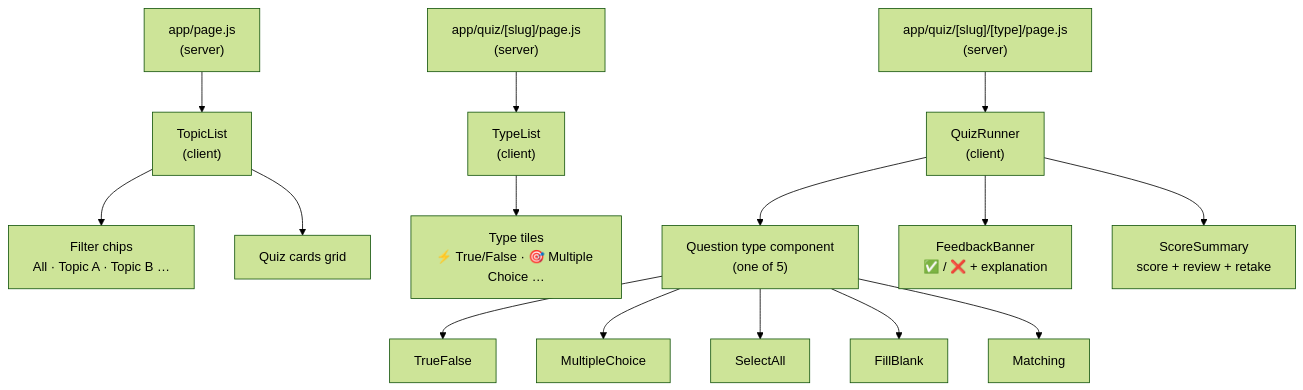
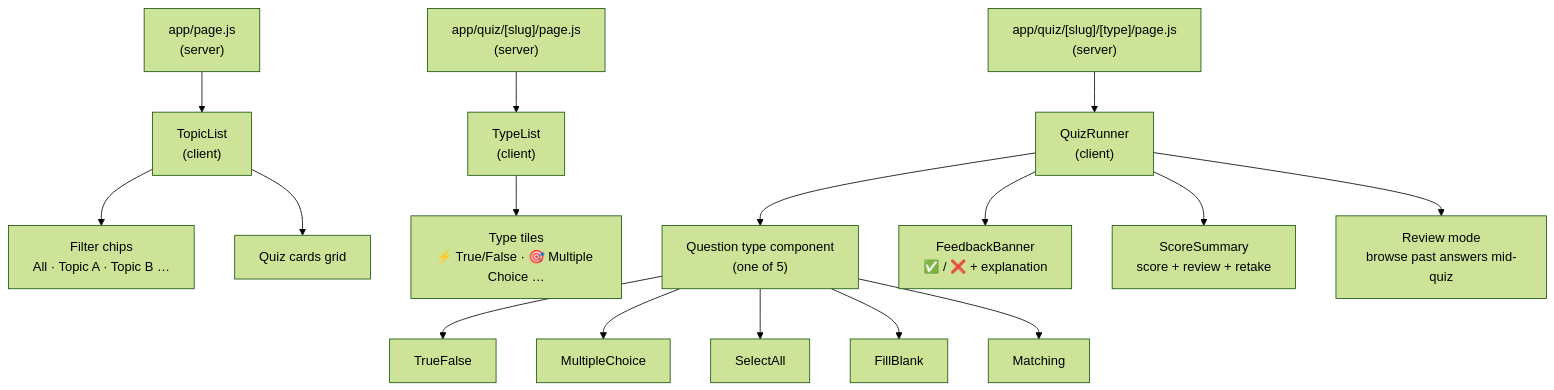
The third of 5 diagrams in CLAUDE.md (ziolkowskid06/quiz-practice), drawn with Mermaid (forest theme) before and after one commit. The commit also changed other lines of this file, not shown here.

First line of the commit message:
Update CLAUDE.md — review mode, state table, quiz file count

````diff
--- a/CLAUDE.md
+++ b/CLAUDE.md
@@ -123,19 +137,20 @@
 ```mermaid
 flowchart TD
     P1["app/page.js\n(server)"] --> TL["TopicList\n(client)"]
     TL --> CHIPS["Filter chips\nAll · Topic A · Topic B …"]
     TL --> CARDS["Quiz cards grid"]
 
     P2["app/quiz/[slug]/page.js\n(server)"] --> TyL["TypeList\n(client)"]
     TyL --> TILES["Type tiles\n⚡ True/False · 🎯 Multiple Choice …"]
 
     P3["app/quiz/[slug]/[type]/page.js\n(server)"] --> QR["QuizRunner\n(client)"]
     QR --> QT["Question type component\n(one of 5)"]
     QT --> TF["TrueFalse"]
     QT --> MC["MultipleChoice"]
     QT --> SA["SelectAll"]
     QT --> FB["FillBlank"]
     QT --> MA["Matching"]
     QR --> FBanner["FeedbackBanner\n✅ / ❌ + explanation"]
     QR --> SS["ScoreSummary\nscore + review + retake"]
+    QR --> RM["Review mode\nbrowse past answers mid-quiz"]
 ```
````
